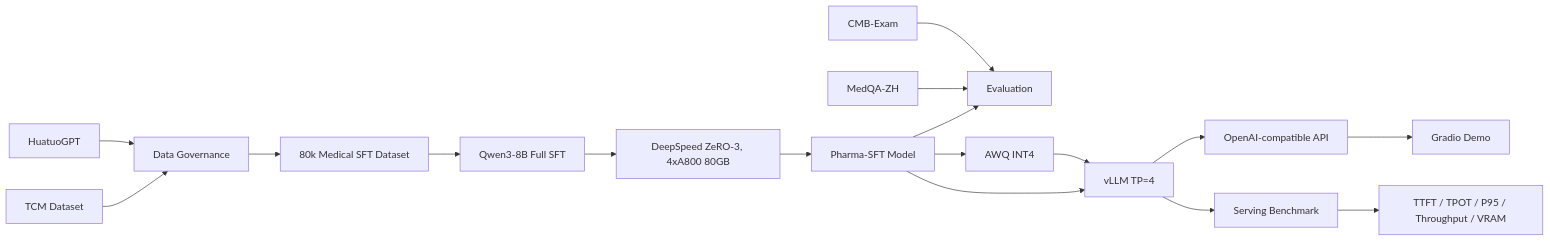
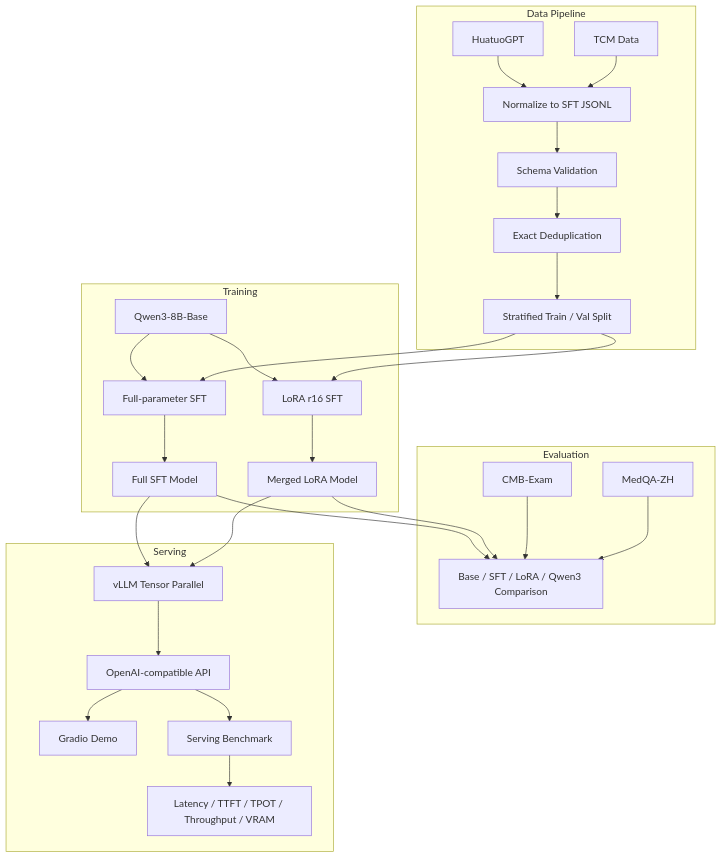
Before and after one commit to xxPcy/PharmaLLM: the diagram in README.md, drawn with Mermaid. The commit also changed other lines of this file and 1 other file, not shown here.

````diff
--- a/README.md
+++ b/README.md
@@ -27,21 +27,38 @@
 ```mermaid
-flowchart LR
-    A[HuatuoGPT] --> C[Data Governance]
-    B[TCM Dataset] --> C
-    C --> D[80k Medical SFT Dataset]
-    D --> E[Qwen3-8B Full SFT]
-    E --> F[DeepSpeed ZeRO-3, 4xA800 80GB]
-    F --> G[Pharma-SFT Model]
+flowchart TB
+    subgraph D["Data Pipeline"]
+        A1[HuatuoGPT] --> A3[Normalize to SFT JSONL]
+        A2[TCM Data] --> A3
+        A3 --> A4[Schema Validation]
+        A4 --> A5[Exact Deduplication]
+        A5 --> A6[Stratified Train / Val Split]
+    end
 
-    H[CMB-Exam] --> I[Evaluation]
-    J[MedQA-ZH] --> I
-    G --> I
+    subgraph T["Training"]
+        B1[Qwen3-8B-Base] --> B2[Full-parameter SFT]
+        B1 --> B3[LoRA r16 SFT]
+        A6 --> B2
+        A6 --> B3
+        B2 --> B4[Full SFT Model]
+        B3 --> B5[Merged LoRA Model]
+    end
 
-    G --> K[AWQ INT4]
-    K --> L[vLLM TP=4]
-    G --> L
-    L --> M[OpenAI-compatible API]
-    M --> N[Gradio Demo]
-    L --> O[Serving Benchmark]
-    O --> P[TTFT / TPOT / P95 / Throughput / VRAM]
+    subgraph E["Evaluation"]
+        C1[CMB-Exam]
+        C2[MedQA-ZH]
+        C3[Base / SFT / LoRA / Qwen3 Comparison]
+        B4 --> C3
+        B5 --> C3
+        C1 --> C3
+        C2 --> C3
+    end
+
+    subgraph S["Serving"]
+        B4 --> D1[vLLM Tensor Parallel]
+        B5 --> D1
+        D1 --> D2[OpenAI-compatible API]
+        D2 --> D3[Gradio Demo]
+        D2 --> D4[Serving Benchmark]
+        D4 --> D5[Latency / TTFT / TPOT / Throughput / VRAM]
+    end
 ```
````
